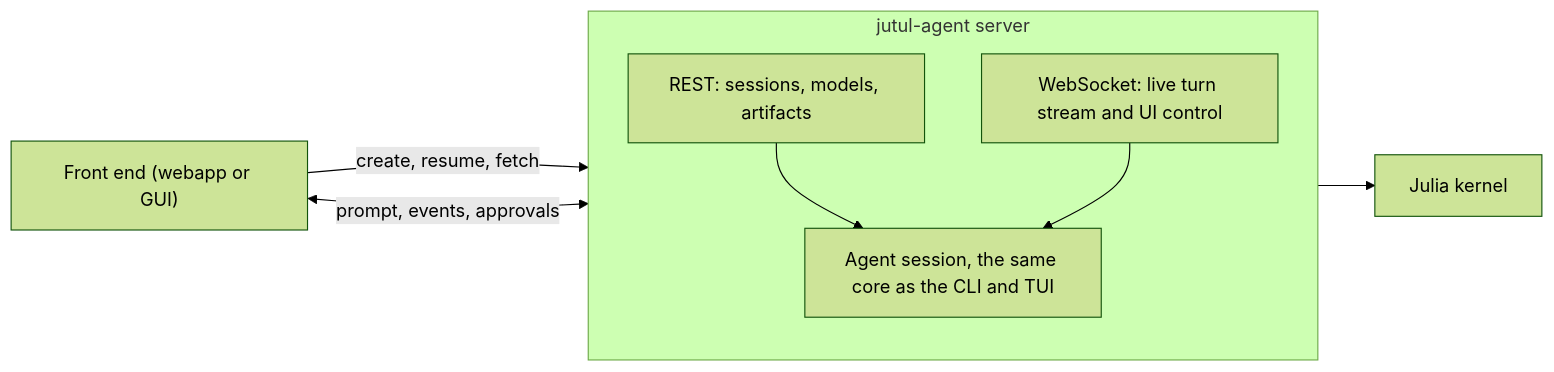
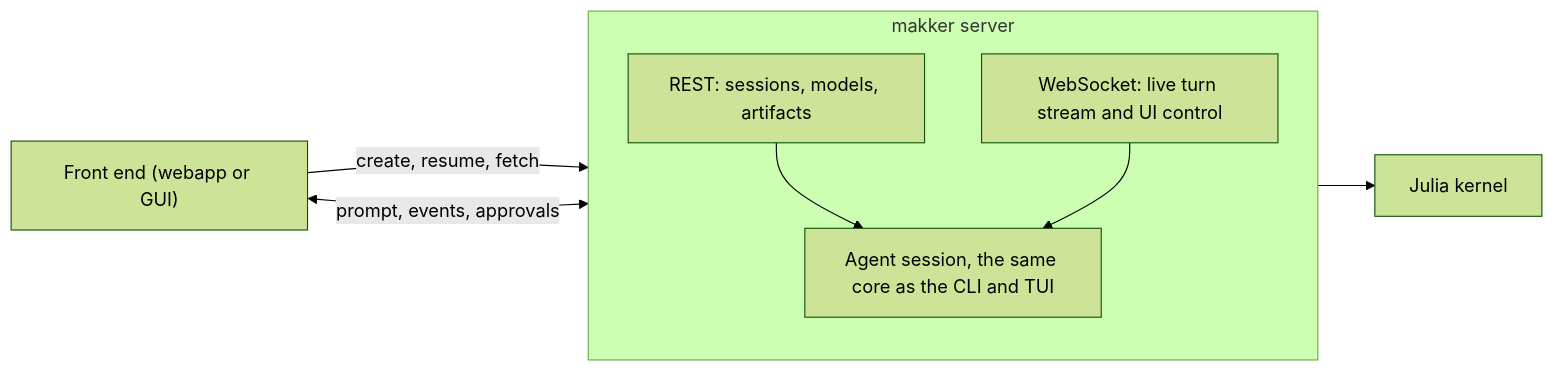
The first of 2 diagrams in docs/server-interface.md (SINTEF-agentlab/jutul-agent), drawn with Mermaid (forest theme) before and after one commit. The commit also changed other lines of this file and 568 other files, not shown here.

First line of the commit message:
Rename jutul-agent to makker

````diff
--- a/docs/server-interface.md
+++ b/docs/server-interface.md
@@ -16,16 +16,16 @@
 ```mermaid
 flowchart LR
     FE["Front end (webapp or GUI)"]
-    subgraph server [jutul-agent server]
+    subgraph server [makker server]
         direction TB
         REST["REST: sessions, models, artifacts"]
         WS["WebSocket: live turn stream and UI control"]
         SESS["Agent session, the same core as the CLI and TUI"]
     end
     KERNEL["Julia kernel"]
     FE -->|create, resume, fetch| REST
     FE <-->|prompt, events, approvals| WS
     REST --> SESS
     WS --> SESS
     SESS --> KERNEL
 ```
````
